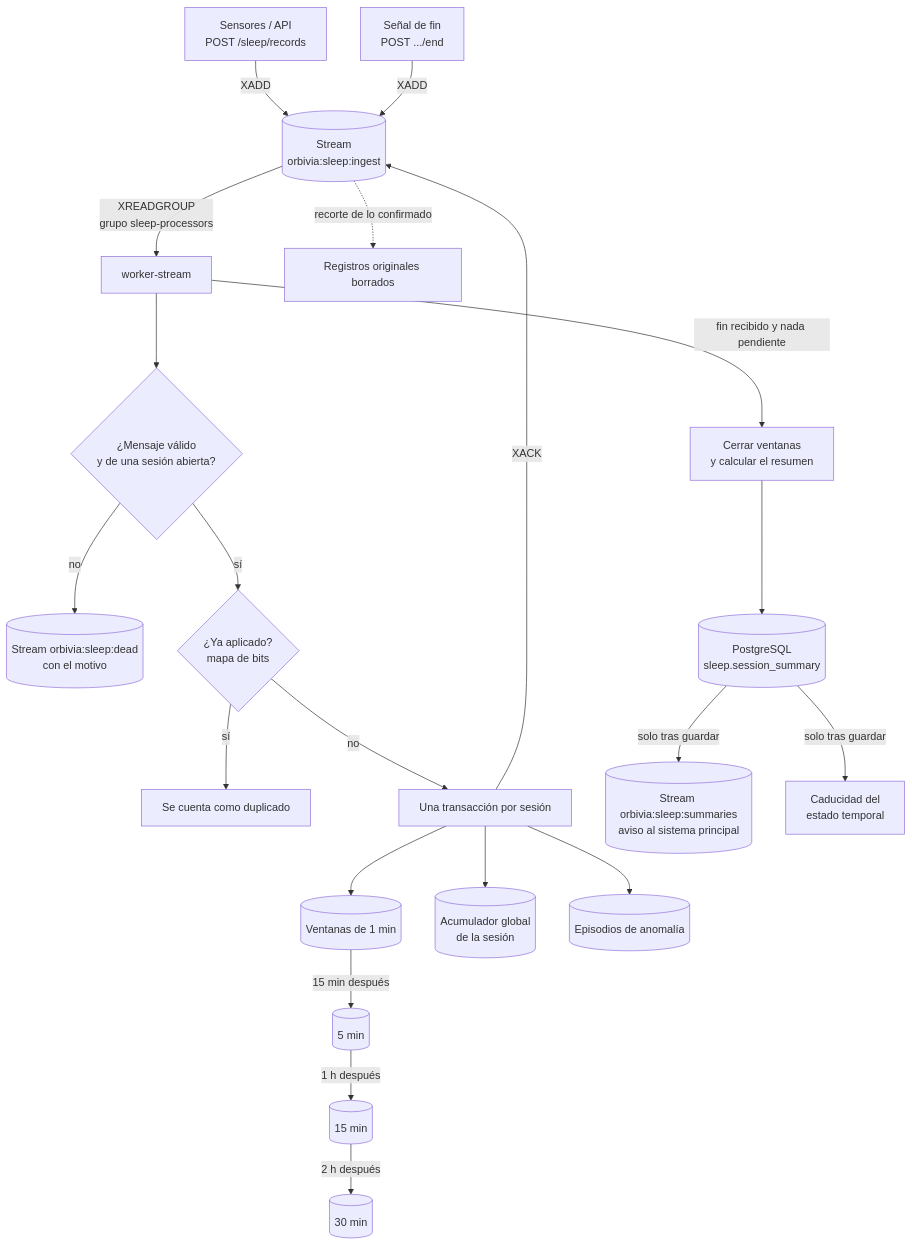
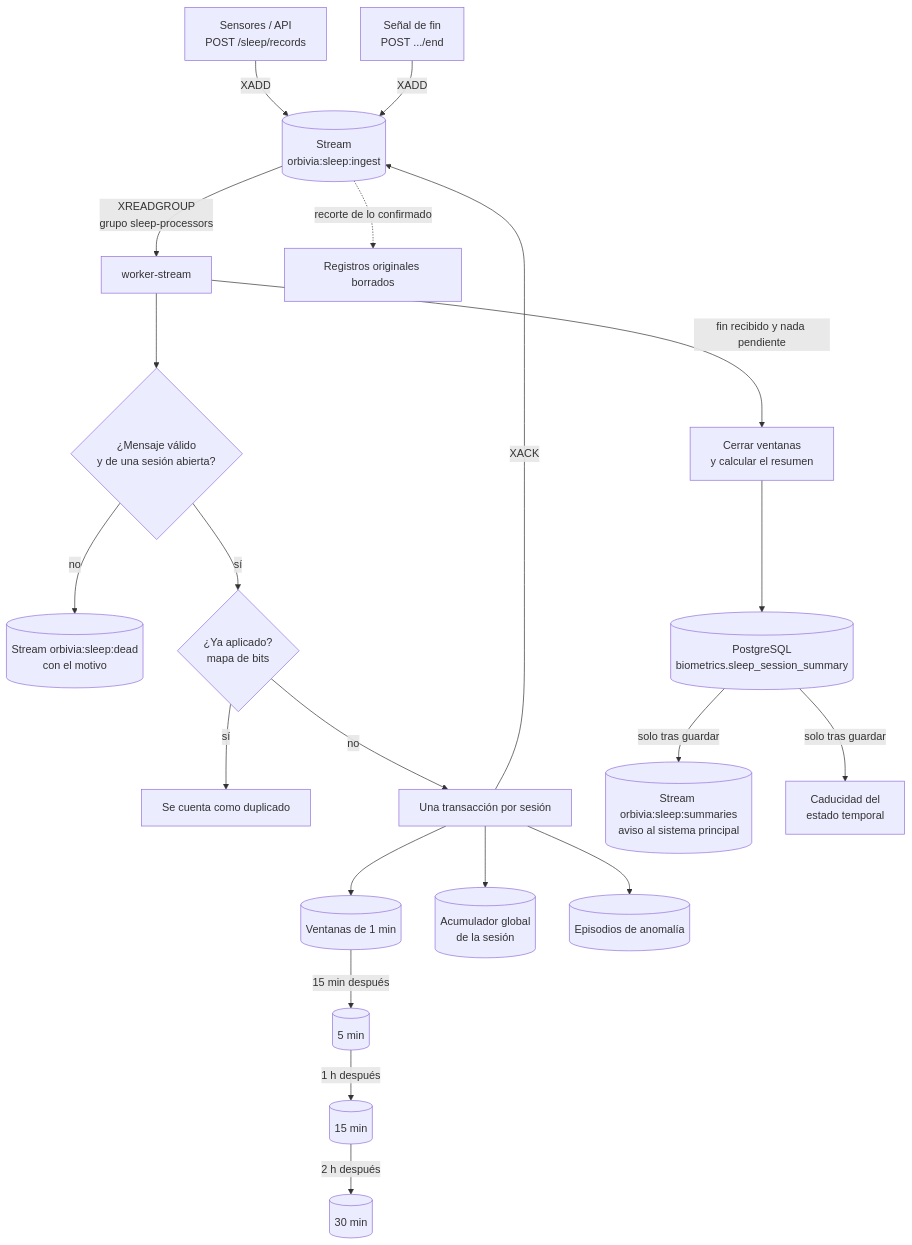
The diagram in docs/sleep_stream_design.md (Rpa06/orbivia), drawn with Mermaid before and after one commit. The commit also changed other lines of this file and 8 other files, not shown here.

````diff
--- a/docs/sleep_stream_design.md
+++ b/docs/sleep_stream_design.md
@@ -11,23 +11,23 @@
 ```mermaid
 flowchart TD
     S[Sensores / API<br/>POST /sleep/records] -->|XADD| I[(Stream<br/>orbivia:sleep:ingest)]
     I -->|XREADGROUP<br/>grupo sleep-processors| W[worker-stream]
     W --> V{¿Mensaje válido<br/>y de una sesión abierta?}
     V -->|no| D[(Stream orbivia:sleep:dead<br/>con el motivo)]
     V -->|sí| U{¿Ya aplicado?<br/>mapa de bits}
     U -->|sí| C[Se cuenta como duplicado]
     U -->|no| T[Una transacción por sesión]
     T --> A0[(Ventanas de 1 min)]
     T --> G[(Acumulador global<br/>de la sesión)]
     T --> N[(Episodios de anomalía)]
     T -->|XACK| I
     A0 -->|15 min después| A1[(5 min)]
     A1 -->|1 h después| A2[(15 min)]
     A2 -->|2 h después| A3[(30 min)]
     I -.->|recorte de lo confirmado| X[Registros originales borrados]
     E[Señal de fin<br/>POST .../end] -->|XADD| I
     W -->|fin recibido y nada pendiente| F[Cerrar ventanas<br/>y calcular el resumen]
-    F --> P[(PostgreSQL<br/>sleep.session_summary)]
+    F --> P[(PostgreSQL<br/>biometrics.sleep_session_summary)]
     P -->|solo tras guardar| R[(Stream orbivia:sleep:summaries<br/>aviso al sistema principal)]
     P -->|solo tras guardar| L[Caducidad del<br/>estado temporal]
 ```
````
